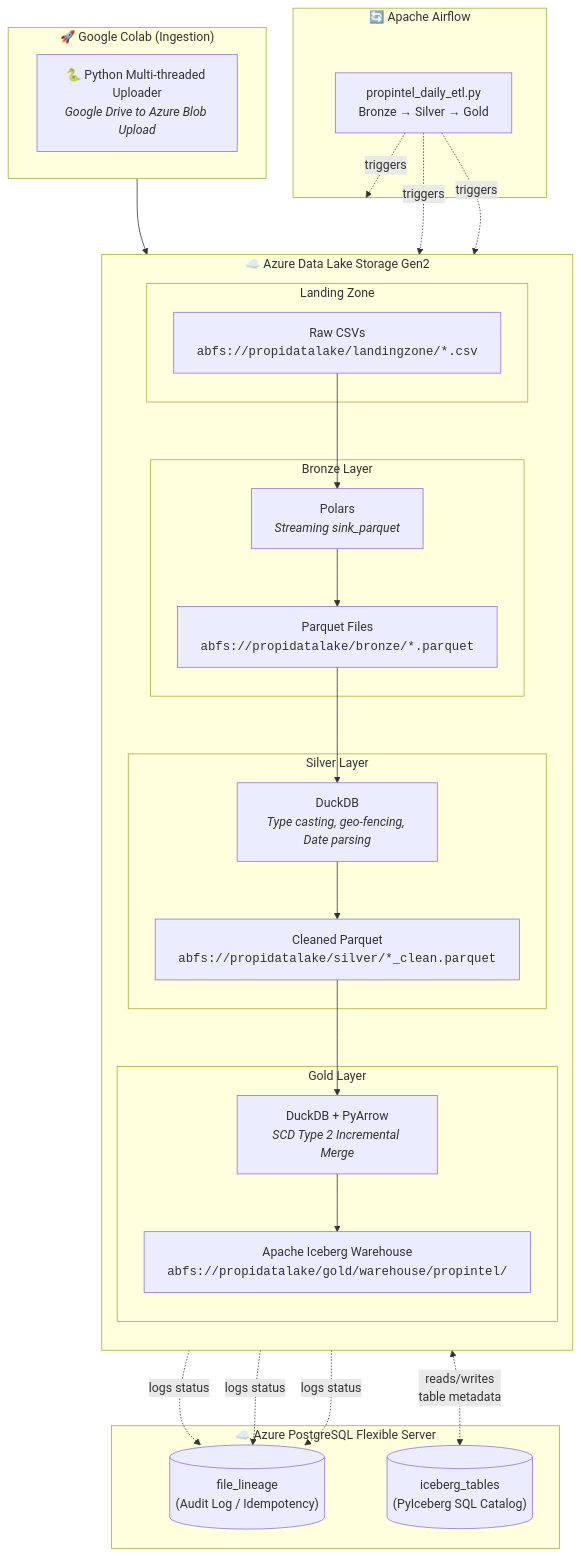
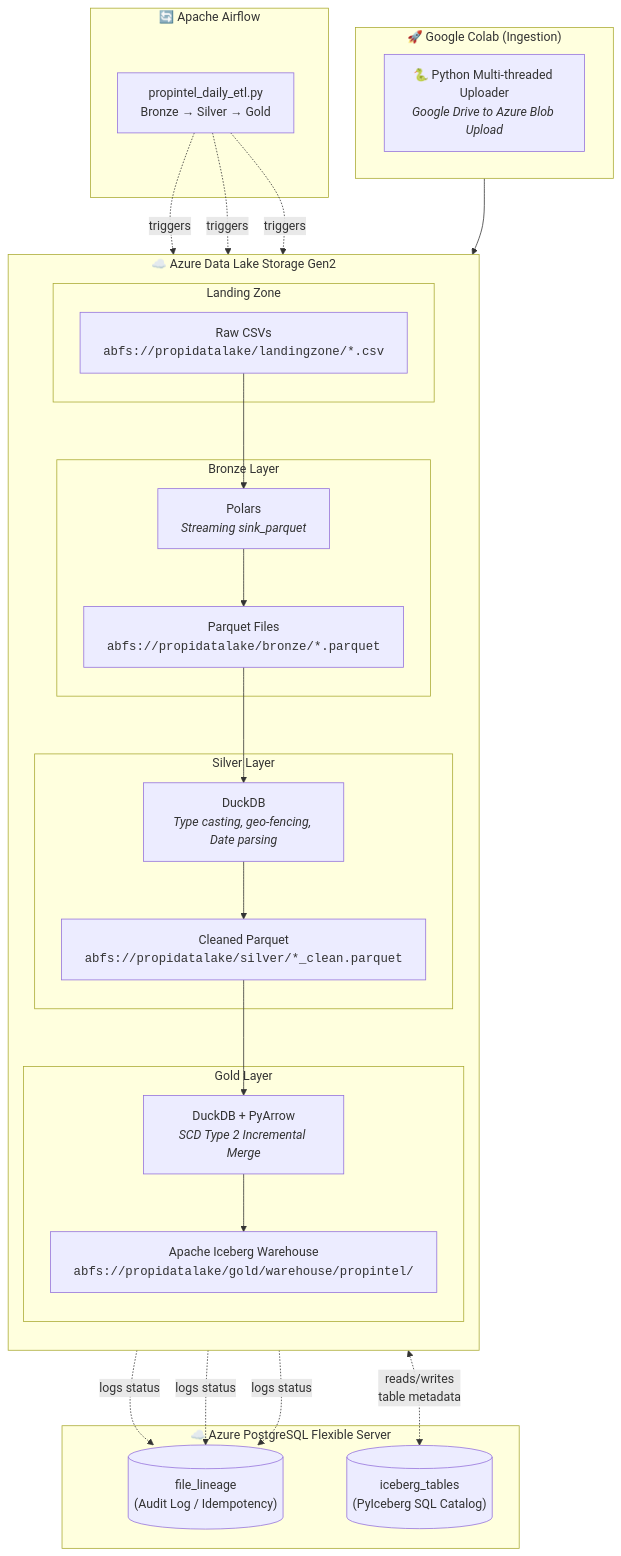
Before and after one commit to ali786-hub/Property-Intelligence-Platform: the diagram in README.md, drawn with Mermaid. The commit also changed other lines of this file and 2 other files, not shown here.

````diff
--- a/README.md
+++ b/README.md
@@ -22,52 +23,55 @@
 ```mermaid
 flowchart TB
     subgraph source ["🚀 Google Colab (Ingestion)"]
         direction LR
         COLAB["🐍 Python Multi-threaded Uploader<br/><i>Google Drive to Azure Blob Upload</i>"]
     end
 
     subgraph airflow ["🔄 Apache Airflow"]
         DAG["propintel_daily_etl.py<br/>Bronze → Silver → Gold"]
     end
 
     subgraph cloud_storage ["☁️ Azure Data Lake Storage Gen2"]
         direction TB
 
         subgraph landing ["Landing Zone"]
             B_IN["Raw CSVs<br/><code>abfs://propidatalake/landingzone/*.csv</code>"]
         end
 
         subgraph bronze ["Bronze Layer"]
             B_ENGINE["Polars<br/><i>Streaming sink_parquet</i>"]
             B_OUT["Parquet Files<br/><code>abfs://propidatalake/bronze/*.parquet</code>"]
             B_IN --> B_ENGINE --> B_OUT
         end
 
         subgraph silver ["Silver Layer"]
             S_ENGINE["DuckDB<br/><i>Type casting, geo-fencing, Date parsing</i>"]
             S_OUT["Cleaned Parquet<br/><code>abfs://propidatalake/silver/*_clean.parquet</code>"]
             B_OUT --> S_ENGINE --> S_OUT
         end
 
         subgraph gold ["Gold Layer"]
             G_ENGINE["DuckDB + PyArrow<br/><i>SCD Type 2 Incremental Merge</i>"]
             G_OUT["Apache Iceberg Warehouse<br/><code>abfs://propidatalake/gold/warehouse/propintel/</code>"]
             S_OUT --> G_ENGINE --> G_OUT
         end
     end
 
     subgraph cloud_db ["☁️ Azure PostgreSQL Flexible Server"]
         LINEAGE[("file_lineage<br/>(Audit Log / Idempotency)")]
         CATALOG[("iceberg_tables<br/>(PyIceberg SQL Catalog)")]
     end
 
     source --> B_IN
-    DAG -. "triggers" .-> bronze
-    DAG -. "triggers" .-> silver
-    DAG -. "triggers" .-> gold
+    
+    %% Airflow triggers mapping directly to the compute engines
+    DAG -. "triggers" .-> B_ENGINE
+    DAG -. "triggers" .-> S_ENGINE
+    DAG -. "triggers" .-> G_ENGINE
 
+    %% Logging interactions mapping perfectly to the DB
     B_ENGINE -. "logs status" .-> LINEAGE
     S_ENGINE -. "logs status" .-> LINEAGE
     G_ENGINE -. "logs status" .-> LINEAGE
     G_ENGINE <-. "reads/writes<br/>table metadata" .-> CATALOG
 ```
````
